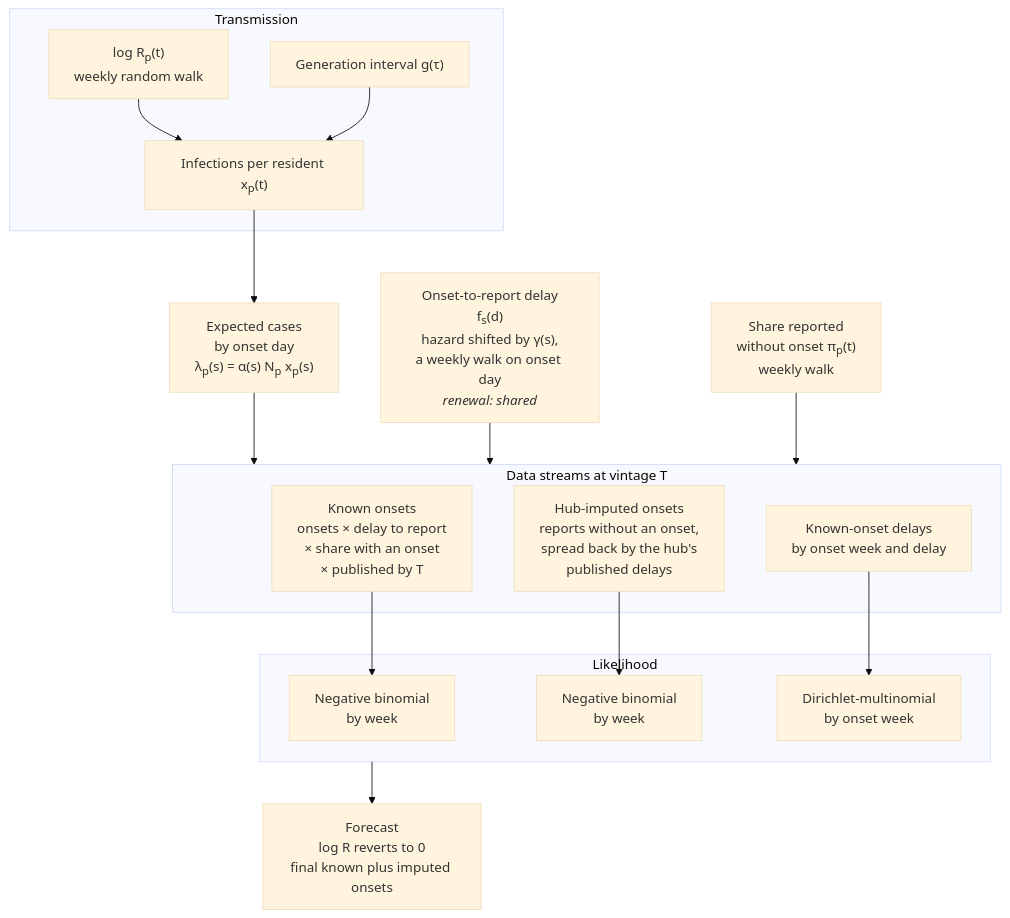
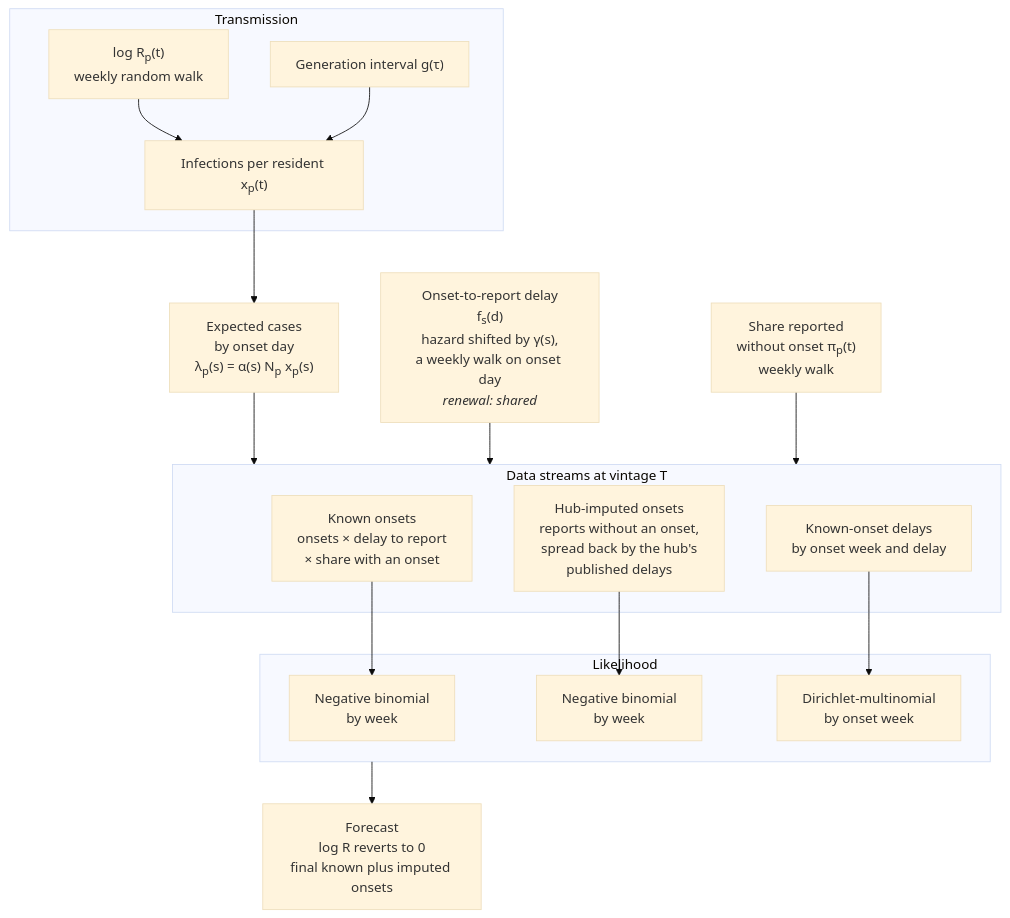
One commit to seabbs/BDBVHubRenewal changed the second of 2 diagrams in docs/methods/model.md. Above: the diagram before and after it, drawn with Mermaid (base theme). The commit also changed other lines of this file and 15 other files, not shown here.

````diff
--- a/docs/methods/model.md
+++ b/docs/methods/model.md
@@ -33,33 +33,33 @@
 ```mermaid
 flowchart TD
     subgraph TR["Transmission"]
         RT["log R<sub>p</sub>(t)<br/>weekly random walk"]
         GI["Generation interval g(τ)"]
         INF["Infections per resident x<sub>p</sub>(t)"]
     end
     ONS["Expected cases<br/>by onset day<br/>λ<sub>p</sub>(s) = α(s) N<sub>p</sub> x<sub>p</sub>(s)"]
     DEL["Onset-to-report delay<br/>f<sub>s</sub>(d)<br/>hazard shifted by γ(s),<br/>a weekly walk on onset day<br/><i>renewal: shared</i>"]
     MISS["Share reported<br/>without onset π<sub>p</sub>(t)<br/>weekly walk"]
     subgraph OB["Data streams at vintage T"]
-        KN["Known onsets<br/>onsets × delay to report<br/>× share with an onset<br/>× published by T"]
+        KN["Known onsets<br/>onsets × delay to report<br/>× share with an onset"]
         IM["Hub-imputed onsets<br/>reports without an onset,<br/>spread back by the hub's<br/>published delays"]
         DC["Known-onset delays<br/>by onset week and delay"]
     end
     subgraph LK["Likelihood"]
         LKN["Negative binomial<br/>by week"]
         LKI["Negative binomial<br/>by week"]
         LKD["Dirichlet-multinomial<br/>by onset week"]
     end
     FC["Forecast<br/>log R reverts to 0<br/>final known plus imputed onsets"]
 
     RT --> INF
     GI --> INF
     INF --> ONS
     ONS --> OB
     DEL --> OB
     MISS --> OB
     KN --> LKN
     IM --> LKI
     DC --> LKD
     LK --> FC
 ```
````
